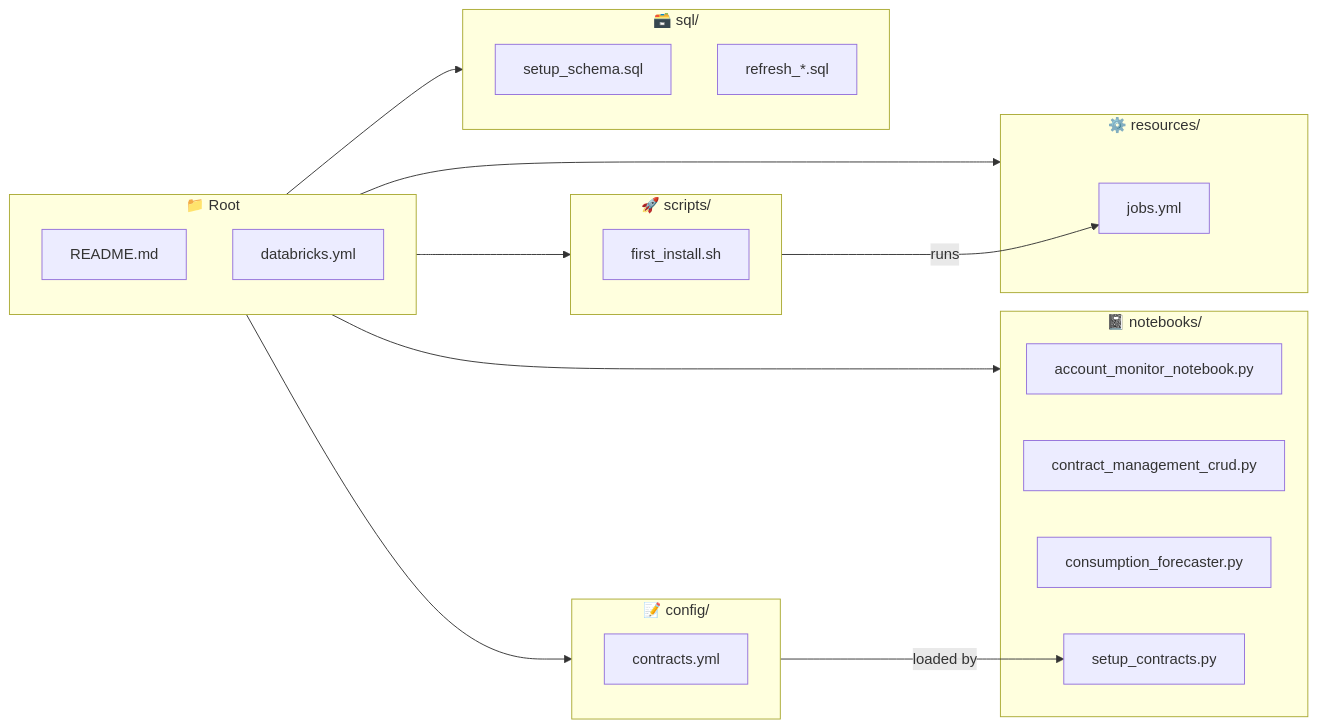
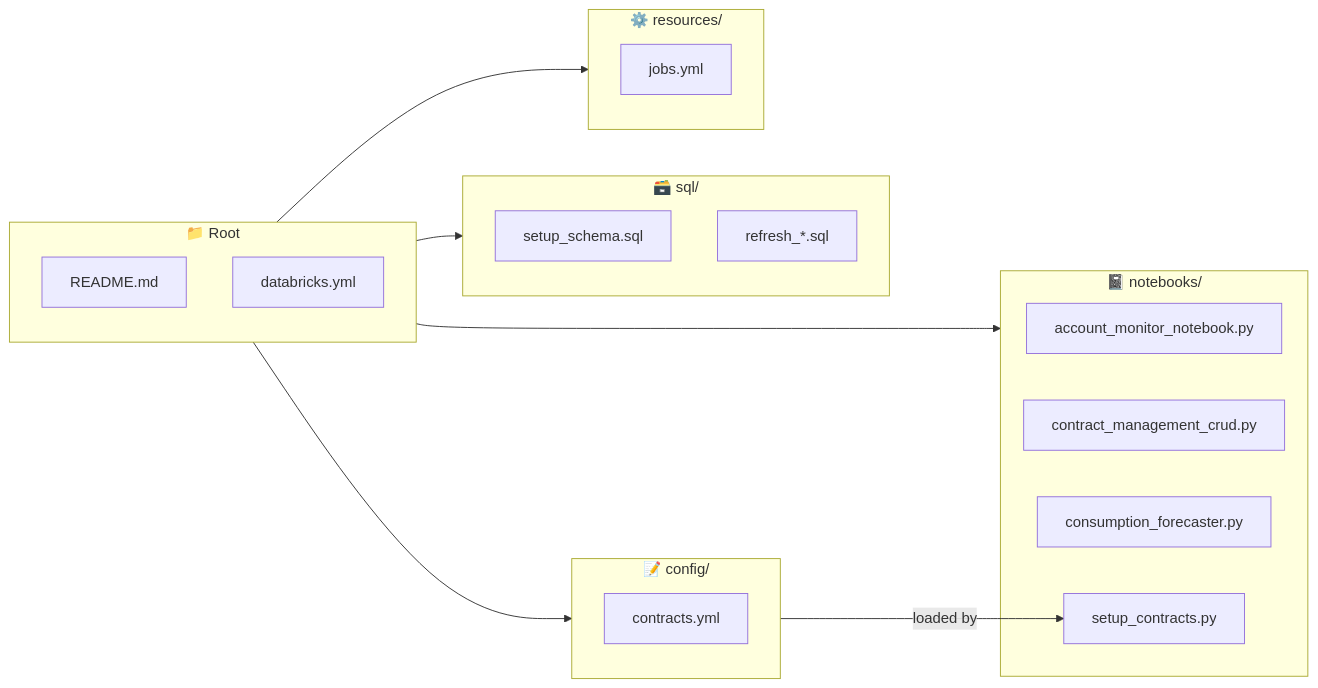
The seventh of 7 diagrams in README.md (LaurentPRAT-DB/ACME_Workspace_Usage_Dashboard), drawn with Mermaid before and after one commit. The commit also changed other lines of this file and 1 other file, not shown here.

First line of the commit message:
Use DAB pattern for first install instead of shell script

````diff
--- a/README.md
+++ b/README.md
@@ -517,39 +520,33 @@
 ```mermaid
 flowchart LR
     subgraph root["📁 Root"]
         readme["README.md"]
         dbconfig["databricks.yml"]
-    end
-
-    subgraph scripts["🚀 scripts/"]
-        install["first_install.sh"]
     end
 
     subgraph configdir["📝 config/"]
         contracts["contracts.yml"]
     end
 
     subgraph notebooks["📓 notebooks/"]
         monitor["account_monitor_notebook.py"]
         crud["contract_management_crud.py"]
         forecast["consumption_forecaster.py"]
         setupnb["setup_contracts.py"]
     end
 
     subgraph sql["🗃️ sql/"]
         setup["setup_schema.sql"]
         refresh["refresh_*.sql"]
     end
 
     subgraph resources["⚙️ resources/"]
         jobs["jobs.yml"]
     end
 
-    root --> scripts
     root --> configdir
     root --> notebooks
     root --> sql
     root --> resources
-    scripts -->|"runs"| jobs
     configdir -->|"loaded by"| setupnb
 ```
````
